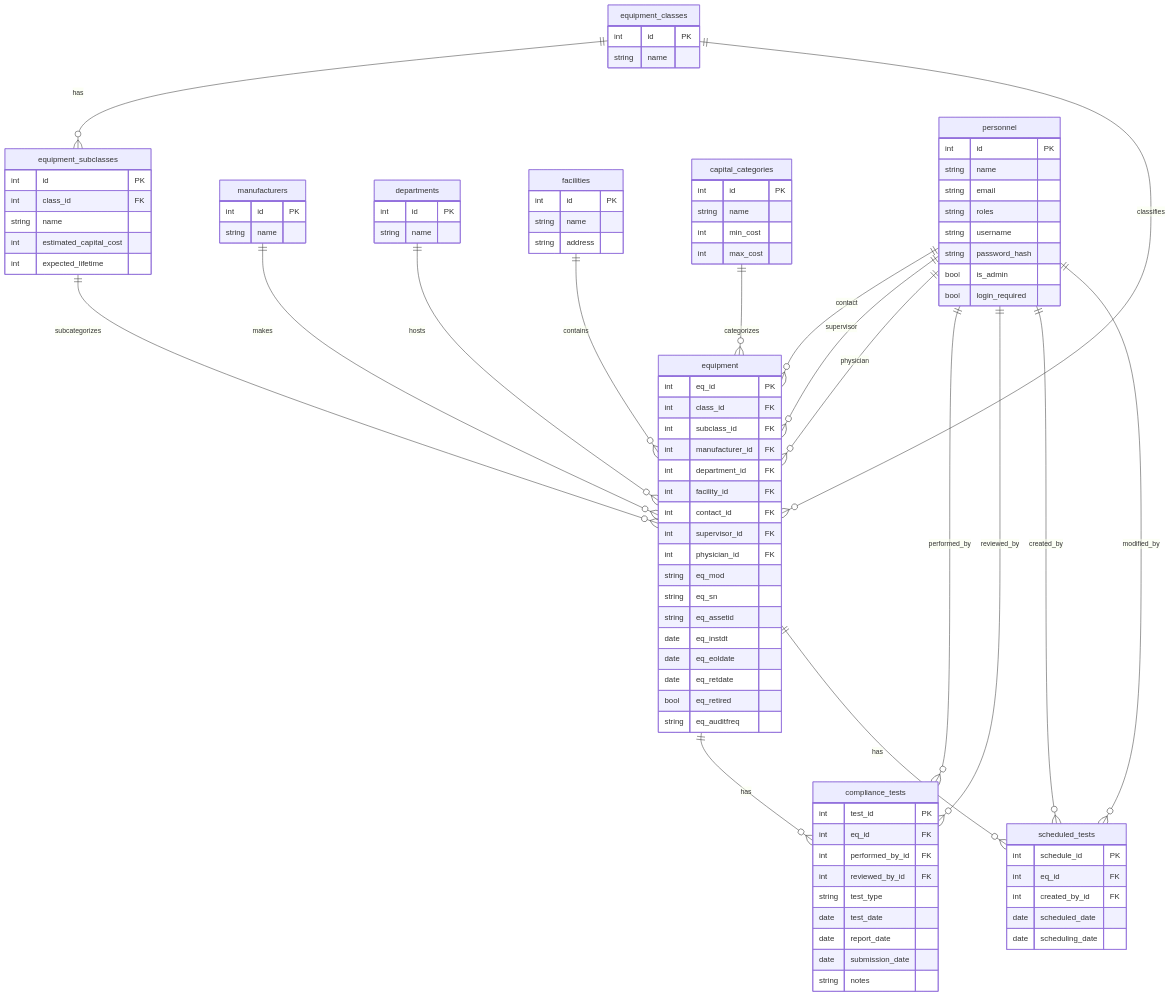
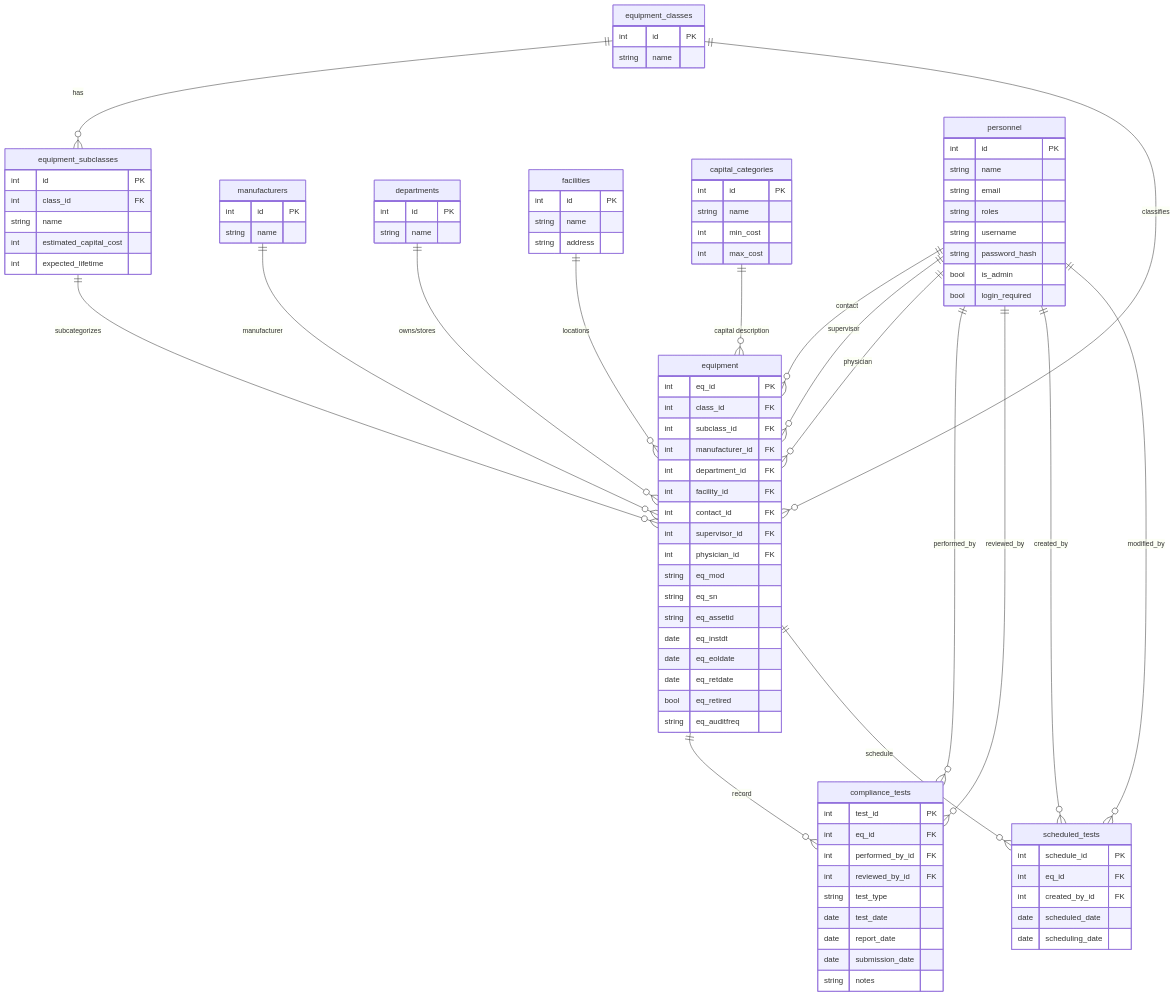
One commit to nickbevins/rems changed the diagram in DATABASE_DIAGRAM.md. Above: the diagram before and after it, drawn with Mermaid.

Commit message:
update database diagram

```diff
--- a/DATABASE_DIAGRAM.md
+++ b/DATABASE_DIAGRAM.md
@@ -5,10 +5,10 @@
     equipment_classes ||--o{ equipment_subclasses : "has"
     equipment_classes ||--o{ equipment : "classifies"
     equipment_subclasses ||--o{ equipment : "subcategorizes"
-    manufacturers ||--o{ equipment : "makes"
-    departments ||--o{ equipment : "hosts"
-    facilities ||--o{ equipment : "contains"
-    capital_categories ||--o{ equipment : "categorizes"
+    manufacturers ||--o{ equipment : "manufacturer"
+    departments ||--o{ equipment : "owns/stores"
+    facilities ||--o{ equipment : "locations"
+    capital_categories ||--o{ equipment : "capital description"
 
     personnel ||--o{ equipment : "contact"
     personnel ||--o{ equipment : "supervisor"
@@ -18,8 +18,8 @@
     personnel ||--o{ scheduled_tests : "created_by"
     personnel ||--o{ scheduled_tests : "modified_by"
 
-    equipment ||--o{ compliance_tests : "has"
-    equipment ||--o{ scheduled_tests : "has"
+    equipment ||--o{ compliance_tests : "record"
+    equipment ||--o{ scheduled_tests : "schedule"
 
     equipment {
         int eq_id PK
```
